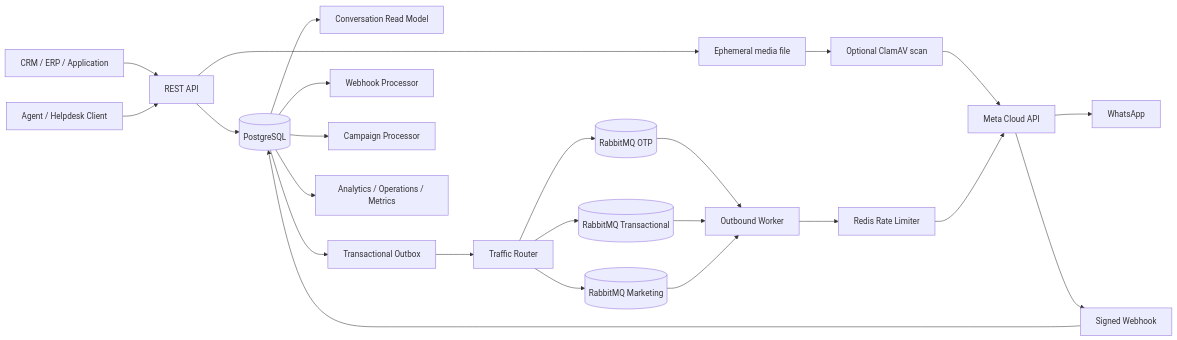
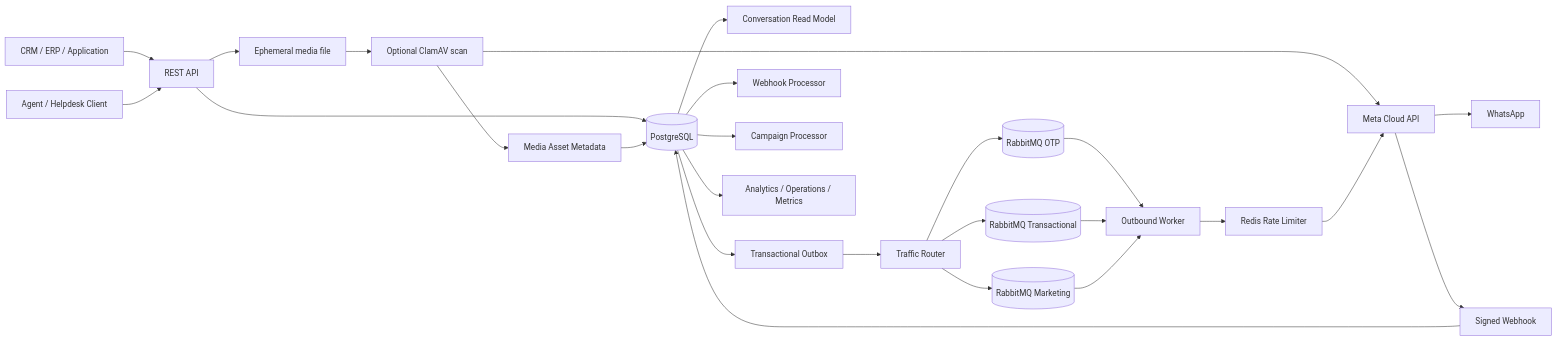
One commit to netctc/apiWhatsApp changed the diagram in README.md. Above: the diagram before and after it, drawn with Mermaid. The commit also changed other lines of this file, not shown here.

Commit message:
docs: expose media asset registry and retention

````diff
--- a/README.md
+++ b/README.md
@@ -42,26 +42,28 @@
 ```mermaid
 flowchart LR
     Client[CRM / ERP / Application] --> API[REST API]
     Agent[Agent / Helpdesk Client] --> API
     API --> DB[(PostgreSQL)]
     API --> Temp[Ephemeral media file]
     Temp --> Scan[Optional ClamAV scan]
     Scan --> Meta[Meta Cloud API]
+    Scan --> MediaRegistry[Media Asset Metadata]
+    MediaRegistry --> DB
     DB --> Inbox[Conversation Read Model]
     DB --> Outbox[Transactional Outbox]
     Outbox --> Router[Traffic Router]
     Router --> OTP[(RabbitMQ OTP)]
     Router --> TX[(RabbitMQ Transactional)]
     Router --> MKT[(RabbitMQ Marketing)]
     OTP --> Worker[Outbound Worker]
     TX --> Worker
     MKT --> Worker
     Worker --> Rate[Redis Rate Limiter]
     Rate --> Meta
     Meta --> WhatsApp[WhatsApp]
     Meta --> Webhook[Signed Webhook]
     Webhook --> DB
     DB --> WebhookProcessor[Webhook Processor]
     DB --> CampaignProcessor[Campaign Processor]
     DB --> Analytics[Analytics / Operations / Metrics]
 ```
````
